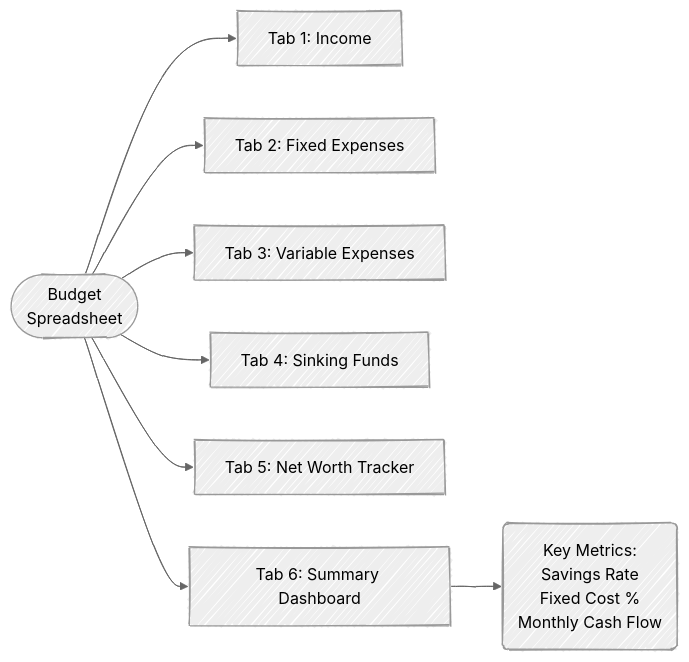
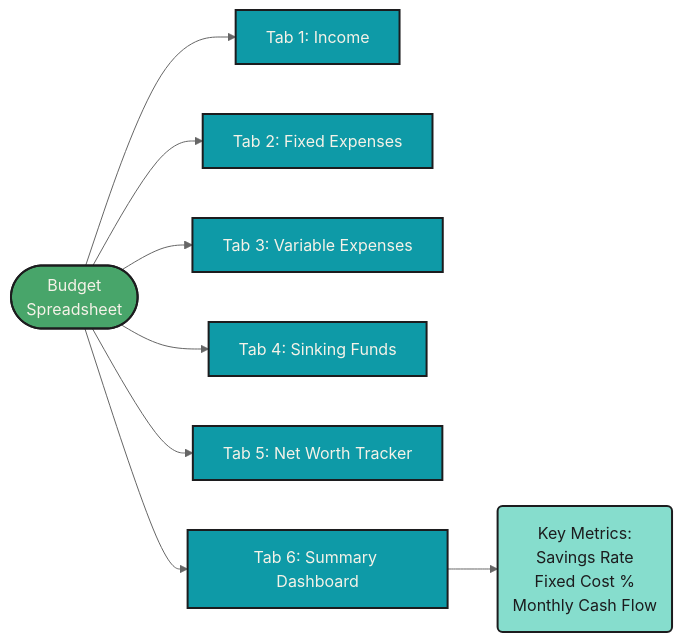
Before and after one commit to mjfrigaard/fm-finance: the fifth of 6 diagrams in budgeting.qmd, drawn with Mermaid. The commit also changed other lines of this file and 5 other files, not shown here.

Commit message:
updates to mermaid

````diff
--- a/budgeting.qmd
+++ b/budgeting.qmd
@@ -328,15 +363,23 @@
 ```{mermaid}
 %%| fig-cap: 'Spreadsheet'
 %%| fig-align: center
-%%{init: {'theme': 'neutral', 'look': 'handDrawn', 'themeVariables': { 'fontFamily': 'monospace', "fontSize":"16px"}}}%%
+%%{init: {'theme': 'neutral', 'themeVariables': { 'fontFamily': 'monospace', "fontSize":"16px"}}}%%
 
 flowchart LR
     Spreadsheet(["Budget<br>Spreadsheet"]) --> Tab1[Tab 1: Income]
     Spreadsheet --> Tab2[Tab 2: Fixed Expenses]
     Spreadsheet --> Tab3[Tab 3: Variable Expenses]
     Spreadsheet --> Tab4[Tab 4: Sinking Funds]
     Spreadsheet --> Tab5[Tab 5: Net Worth Tracker]
     Spreadsheet --> Tab6[Tab 6: Summary Dashboard]
-    
+
     Tab6 --> Metrics("Key Metrics:<br/>Savings Rate<br/>Fixed Cost %<br/>Monthly Cash Flow")
+    style Spreadsheet fill:#48a56a,color:#F5F2E8,stroke:#1C1C1E,stroke-width:2px
+    style Tab1 fill:#0e9aa7,color:#F5F2E8,stroke:#1C1C1E,stroke-width:2px
+    style Tab2 fill:#0e9aa7,color:#F5F2E8,stroke:#1C1C1E,stroke-width:2px
+    style Tab3 fill:#0e9aa7,color:#F5F2E8,stroke:#1C1C1E,stroke-width:2px
+    style Tab4 fill:#0e9aa7,color:#F5F2E8,stroke:#1C1C1E,stroke-width:2px
+    style Tab5 fill:#0e9aa7,color:#F5F2E8,stroke:#1C1C1E,stroke-width:2px
+    style Tab6 fill:#0e9aa7,color:#F5F2E8,stroke:#1C1C1E,stroke-width:2px
+    style Metrics fill:#86ddcd,color:#1C1C1E,stroke:#1C1C1E,stroke-width:2px
 ```
````
